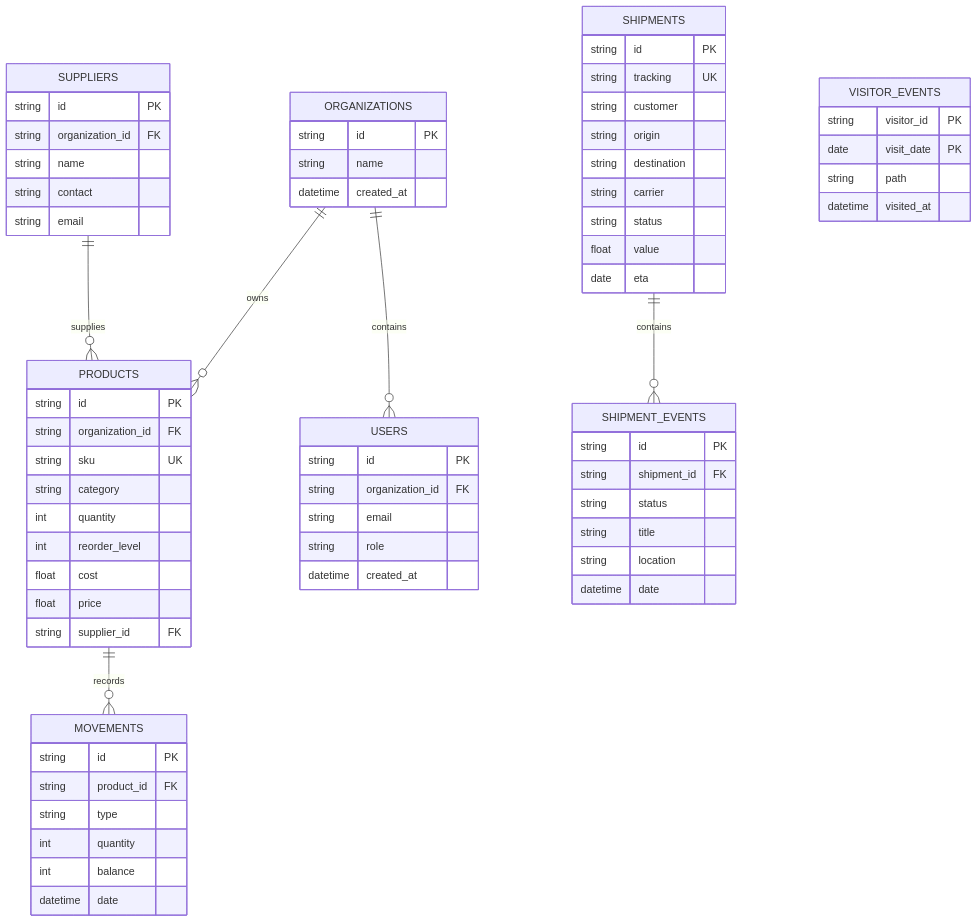
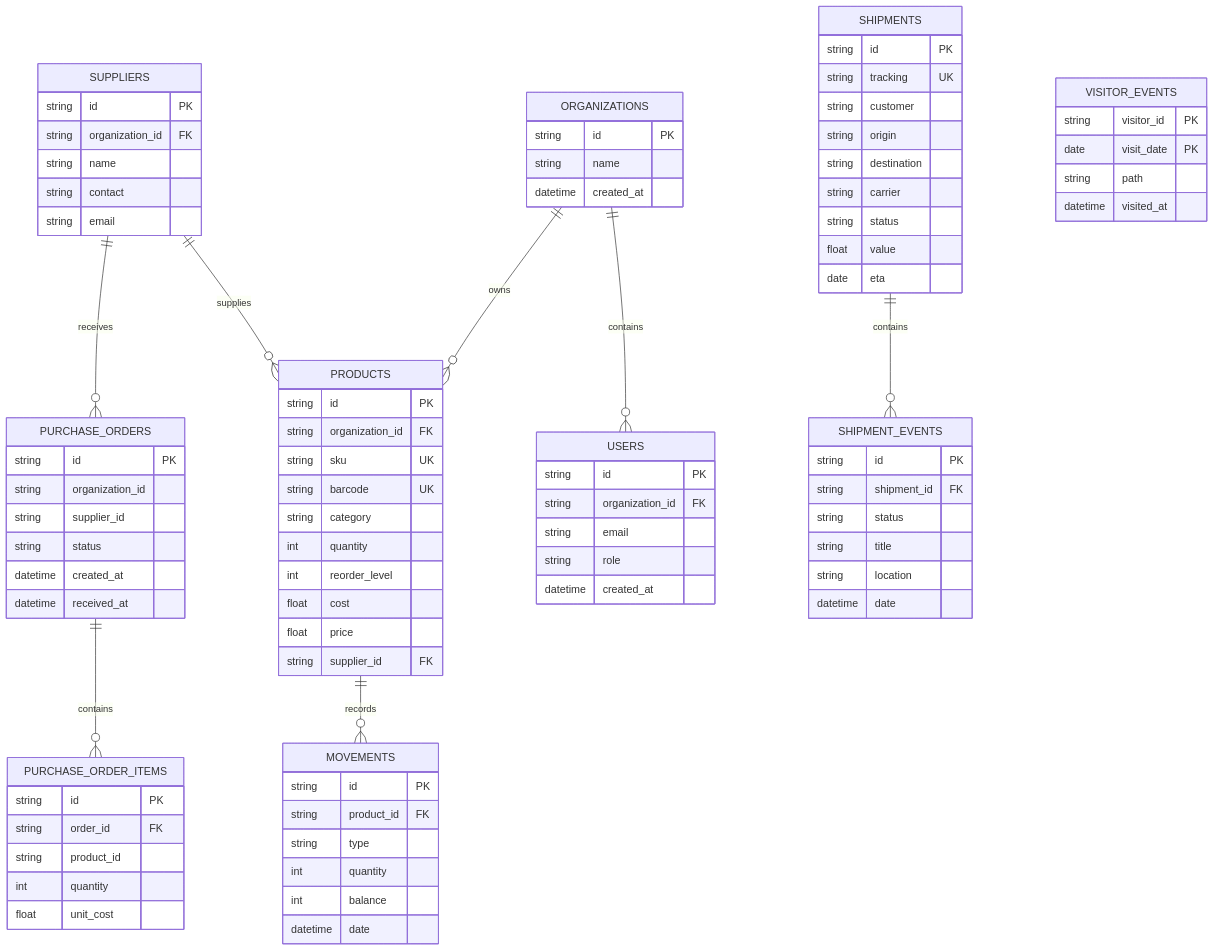
One commit to sgshiv001/inventrack-inventory-management changed the second of 2 diagrams in docs/ARCHITECTURE.md. Above: the diagram before and after it, drawn with Mermaid. The commit also changed other lines of this file and 13 other files, not shown here.

```diff
--- a/docs/ARCHITECTURE.md
+++ b/docs/ARCHITECTURE.md
@@ -37,6 +38,8 @@
 erDiagram
   SUPPLIERS ||--o{ PRODUCTS : supplies
   PRODUCTS ||--o{ MOVEMENTS : records
+  SUPPLIERS ||--o{ PURCHASE_ORDERS : receives
+  PURCHASE_ORDERS ||--o{ PURCHASE_ORDER_ITEMS : contains
   SHIPMENTS ||--o{ SHIPMENT_EVENTS : contains
   ORGANIZATIONS ||--o{ USERS : contains
   ORGANIZATIONS ||--o{ PRODUCTS : owns
@@ -52,6 +55,7 @@
     string id PK
     string organization_id FK
     string sku UK
+    string barcode UK
     string category
     int quantity
     int reorder_level
@@ -92,6 +96,21 @@
     string path
     datetime visited_at
   }
+  PURCHASE_ORDERS {
+    string id PK
+    string organization_id
+    string supplier_id
+    string status
+    datetime created_at
+    datetime received_at
+  }
+  PURCHASE_ORDER_ITEMS {
+    string id PK
+    string order_id FK
+    string product_id
+    int quantity
+    float unit_cost
+  }
   ORGANIZATIONS {
     string id PK
     string name
```
